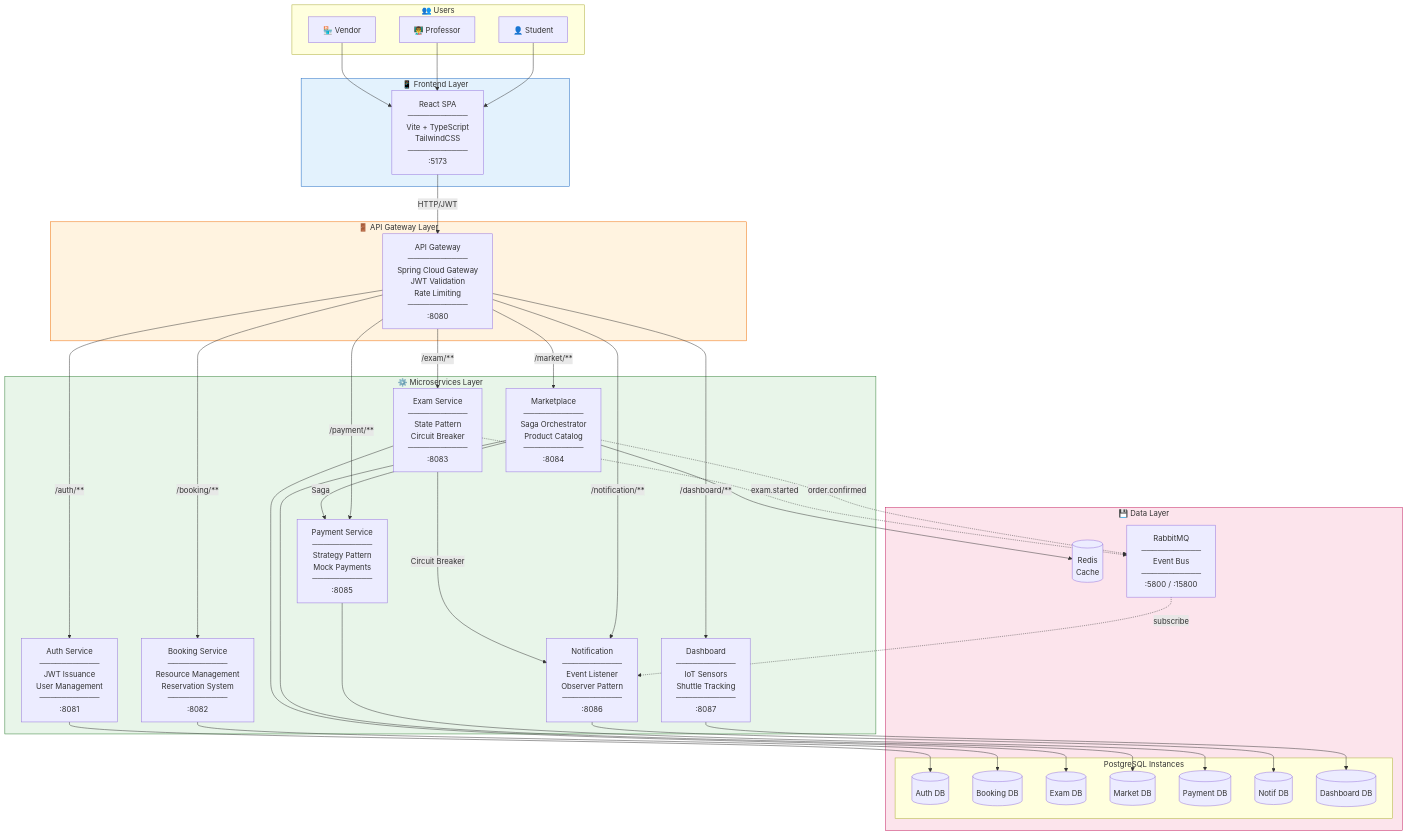
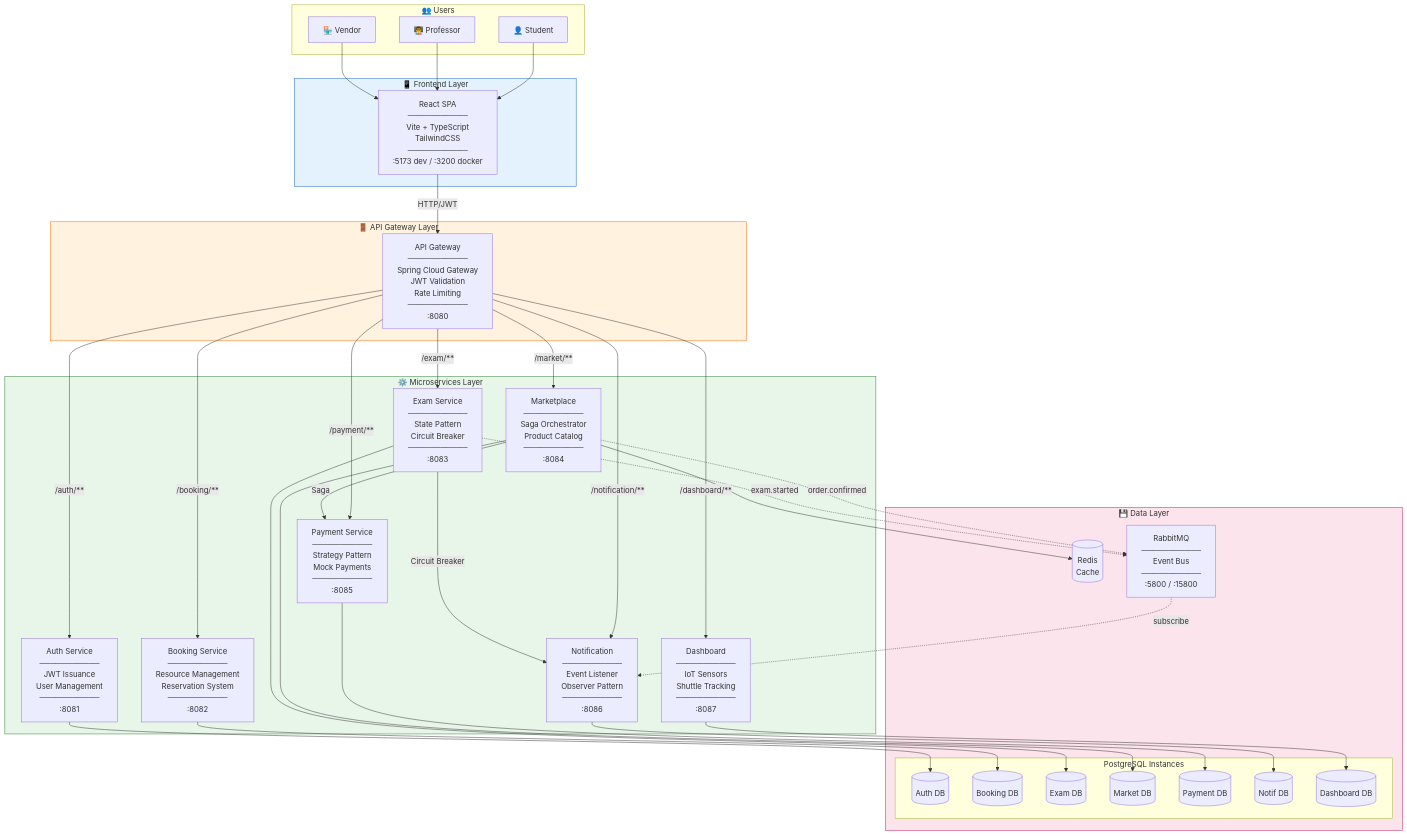
The diagram in docs/diagrams/c4-container.md (Navidtor/Smart_University_Platform_new), drawn with Mermaid before and after one commit.

Commit message:
Clarify SPA ports in container diagram

```diff
--- a/docs/diagrams/c4-container.md
+++ b/docs/diagrams/c4-container.md
@@ -14,7 +14,7 @@
     end
 
     subgraph Frontend["📱 Frontend Layer"]
-        SPA["React SPA<br/>───────────<br/>Vite + TypeScript<br/>TailwindCSS<br/>───────────<br/>:5173"]
+        SPA["React SPA<br/>───────────<br/>Vite + TypeScript<br/>TailwindCSS<br/>───────────<br/>:5173 dev / :3200 docker"]
     end
 
     subgraph Gateway["🚪 API Gateway Layer"]
```
